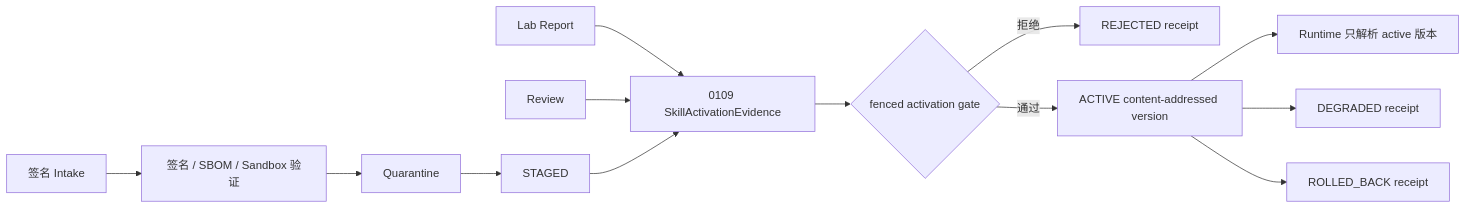
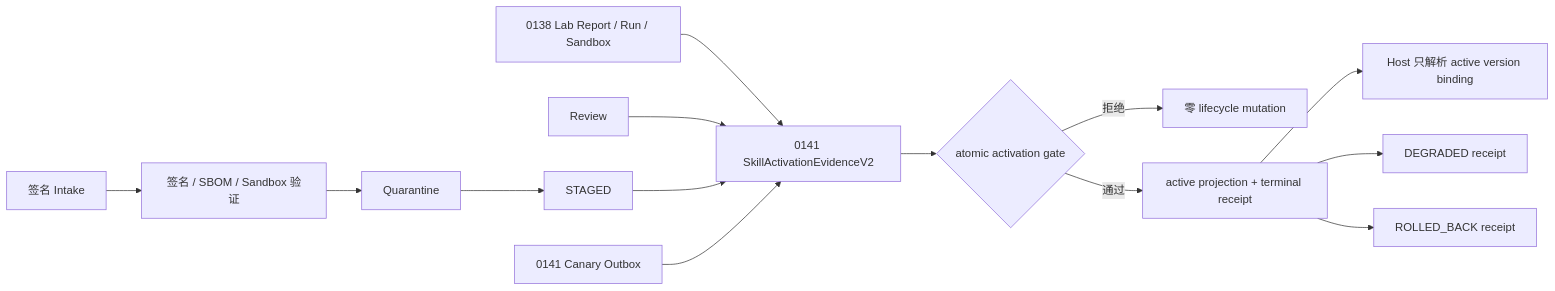
Before and after one commit to SakuraYoruno/Natsume_Ai: diagram 29 of 60 in docs/50_project/arch/DATA_FLOW_ARCHITECTURE.md, drawn with Mermaid. The commit also changed other lines of this file and 45 other files, not shown here.

````diff
--- a/docs/50_project/arch/DATA_FLOW_ARCHITECTURE.md
+++ b/docs/50_project/arch/DATA_FLOW_ARCHITECTURE.md
@@ -893,15 +900,16 @@
 ```mermaid
 flowchart LR
     Intake[签名 Intake] --> Verify[签名 / SBOM / Sandbox 验证]
     Verify --> Quarantine[Quarantine]
     Quarantine --> Stage[STAGED]
-    Lab[Lab Report] --> Evidence[0109 SkillActivationEvidence]
+    Lab[0138 Lab Report / Run / Sandbox] --> Evidence[0141 SkillActivationEvidenceV2]
     Review[Review] --> Evidence
     Stage --> Evidence
-    Evidence --> Gate{fenced activation gate}
-    Gate -->|拒绝| Rejected[REJECTED receipt]
-    Gate -->|通过| Active[ACTIVE content-addressed version]
-    Active --> Runtime[Runtime 只解析 active 版本]
+    Canary[0141 Canary Outbox] --> Evidence
+    Evidence --> Gate{atomic activation gate}
+    Gate -->|拒绝| Rejected[零 lifecycle mutation]
+    Gate -->|通过| Active[active projection + terminal receipt]
+    Active --> Runtime[Host 只解析 active version binding]
     Active --> Degrade[DEGRADED receipt]
     Active --> Rollback[ROLLED_BACK receipt]
 ```
````
